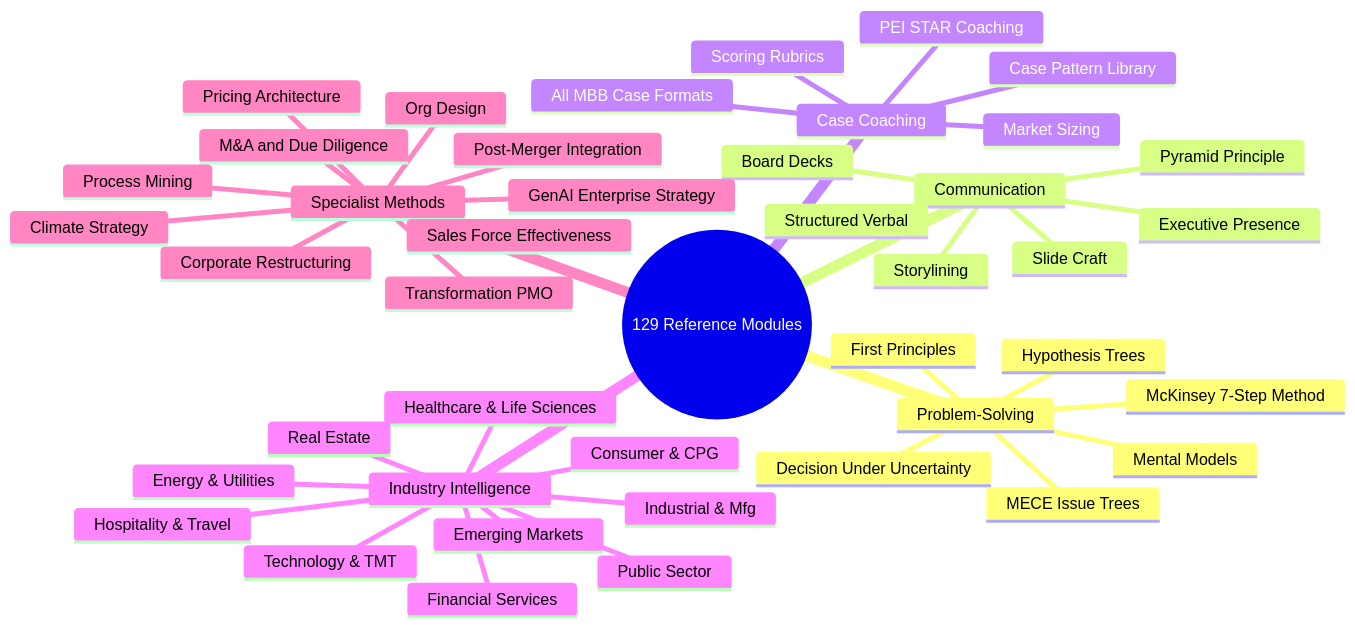
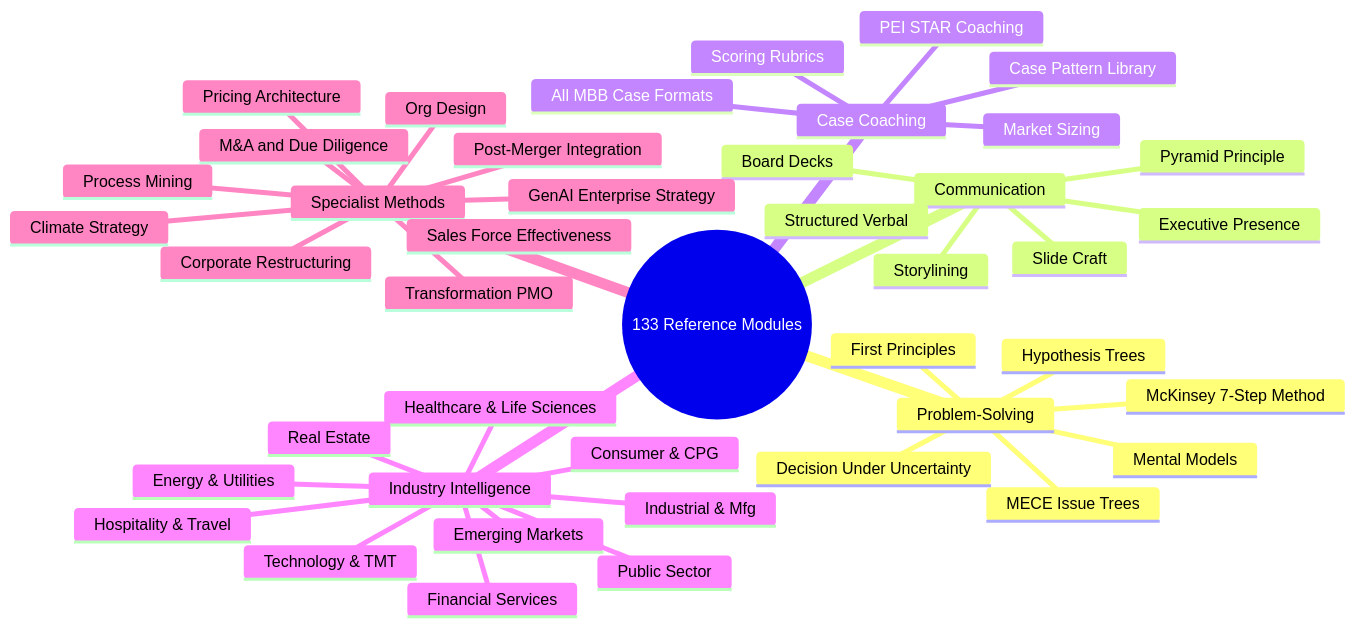
The second of 4 diagrams in README.md (DogInfantry/claude-skill-management-consultant-B1), drawn with Mermaid before and after one commit. The commit also changed other lines of this file and 11 other files, not shown here.

````diff
--- a/README.md
+++ b/README.md
@@ -71,46 +71,46 @@
 ```mermaid
 mindmap
-  root((129 Reference Modules))
+  root((133 Reference Modules))
     Problem-Solving
       MECE Issue Trees
       Hypothesis Trees
       First Principles
       Mental Models
       McKinsey 7-Step Method
       Decision Under Uncertainty
     Communication
       Pyramid Principle
       Storylining
       Slide Craft
       Executive Presence
       Structured Verbal
       Board Decks
     Case Coaching
       All MBB Case Formats
       Market Sizing
       Case Pattern Library
       PEI STAR Coaching
       Scoring Rubrics
     Industry Intelligence
       Healthcare & Life Sciences
       Financial Services
       Energy & Utilities
       Technology & TMT
       Consumer & CPG
       Industrial & Mfg
       Public Sector
       Real Estate
       Hospitality & Travel
       Emerging Markets
     Specialist Methods
       M&A and Due Diligence
       Post-Merger Integration
       Corporate Restructuring
       GenAI Enterprise Strategy
       Pricing Architecture
       Org Design
       Climate Strategy
       Transformation PMO
       Sales Force Effectiveness
       Process Mining
 ```
````
